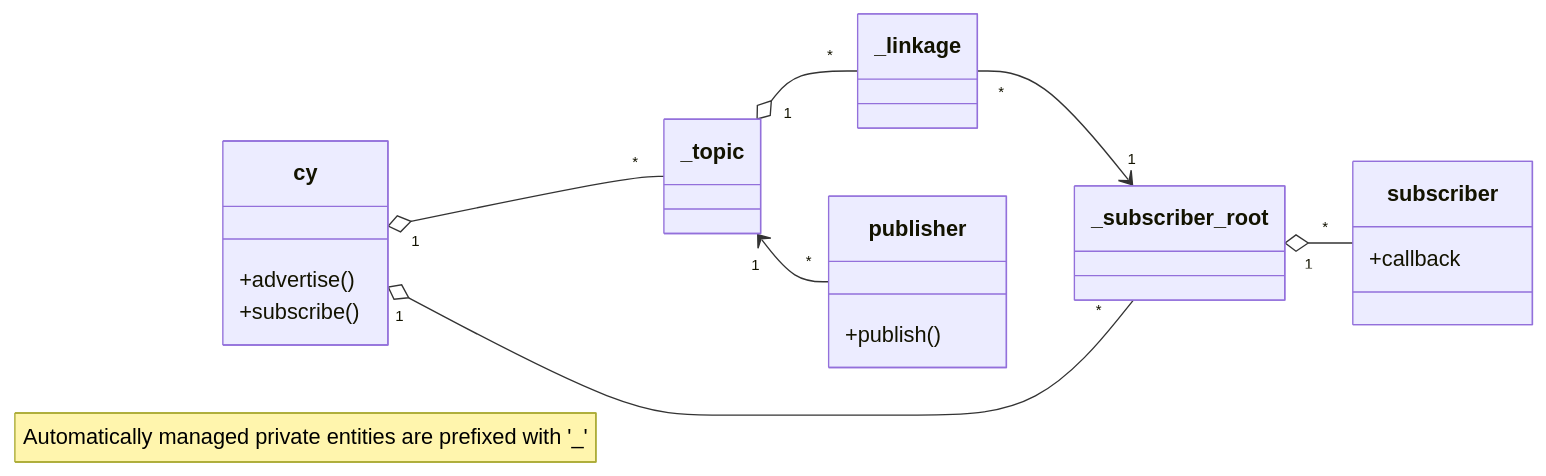
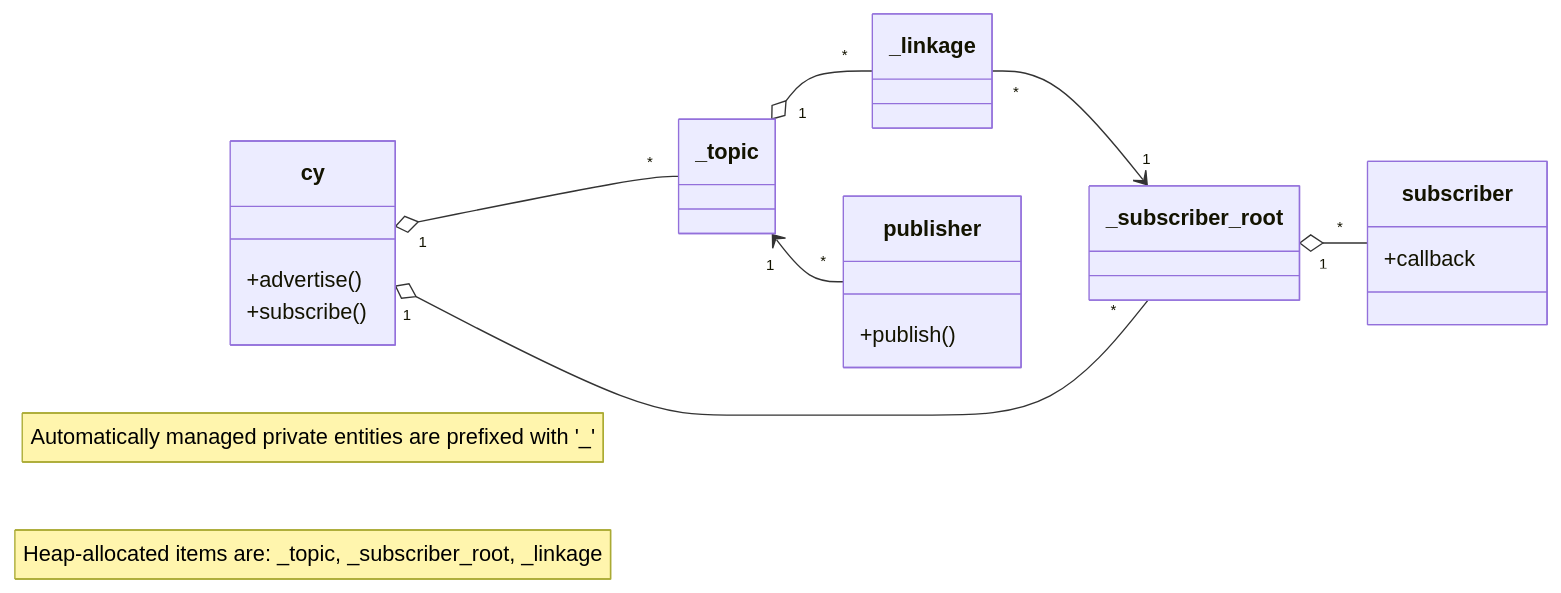
One commit to OpenCyphal-Garage/cy changed the diagram in README.md. Above: the diagram before and after it, drawn with Mermaid.

````diff
--- a/README.md
+++ b/README.md
@@ -250,21 +250,22 @@
 ```mermaid
 classDiagram
 direction LR
     class cy {
         +advertise()
         +subscribe()
     }
     class publisher {
         +publish()
     }
     class subscriber {
         +callback
     }
     cy "1" o-- "*" _topic
     cy "1" o-- "*" _subscriber_root
     _topic "1" o-- "*" _linkage
     _topic "1" <-- "*" publisher
     _linkage "*" --> "1" _subscriber_root
     _subscriber_root "1" o-- "*" subscriber
     note "Automatically managed private entities are prefixed with '_'"
+    note "Heap-allocated items are: _topic, _subscriber_root, _linkage"
 ```
````
